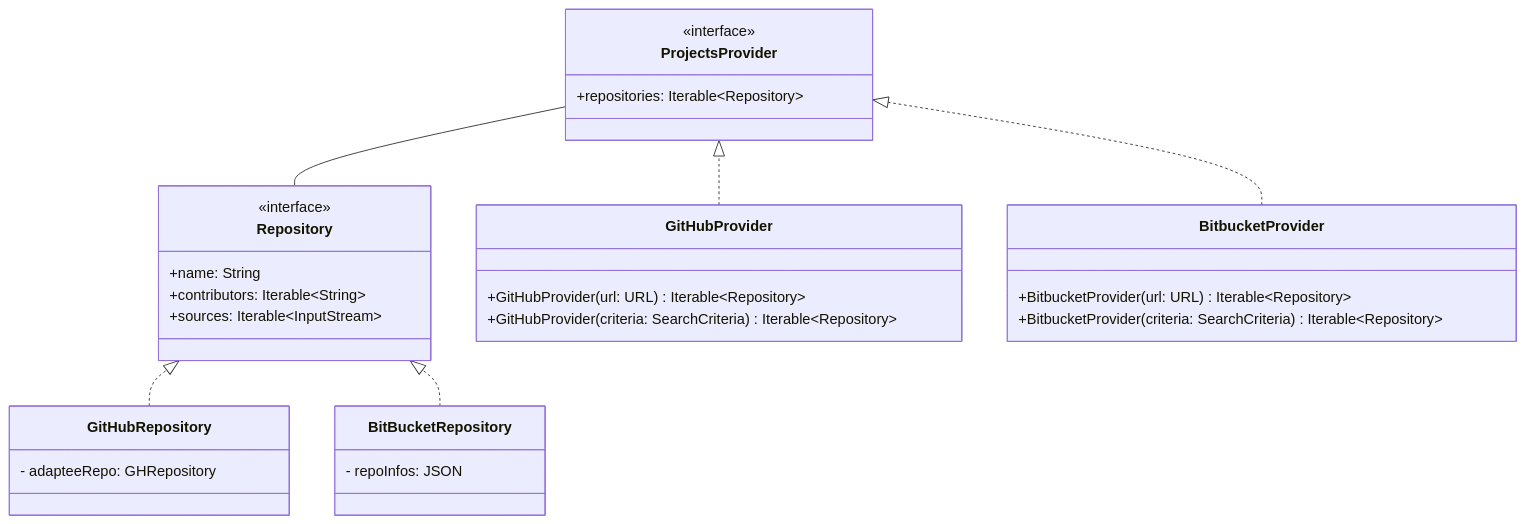
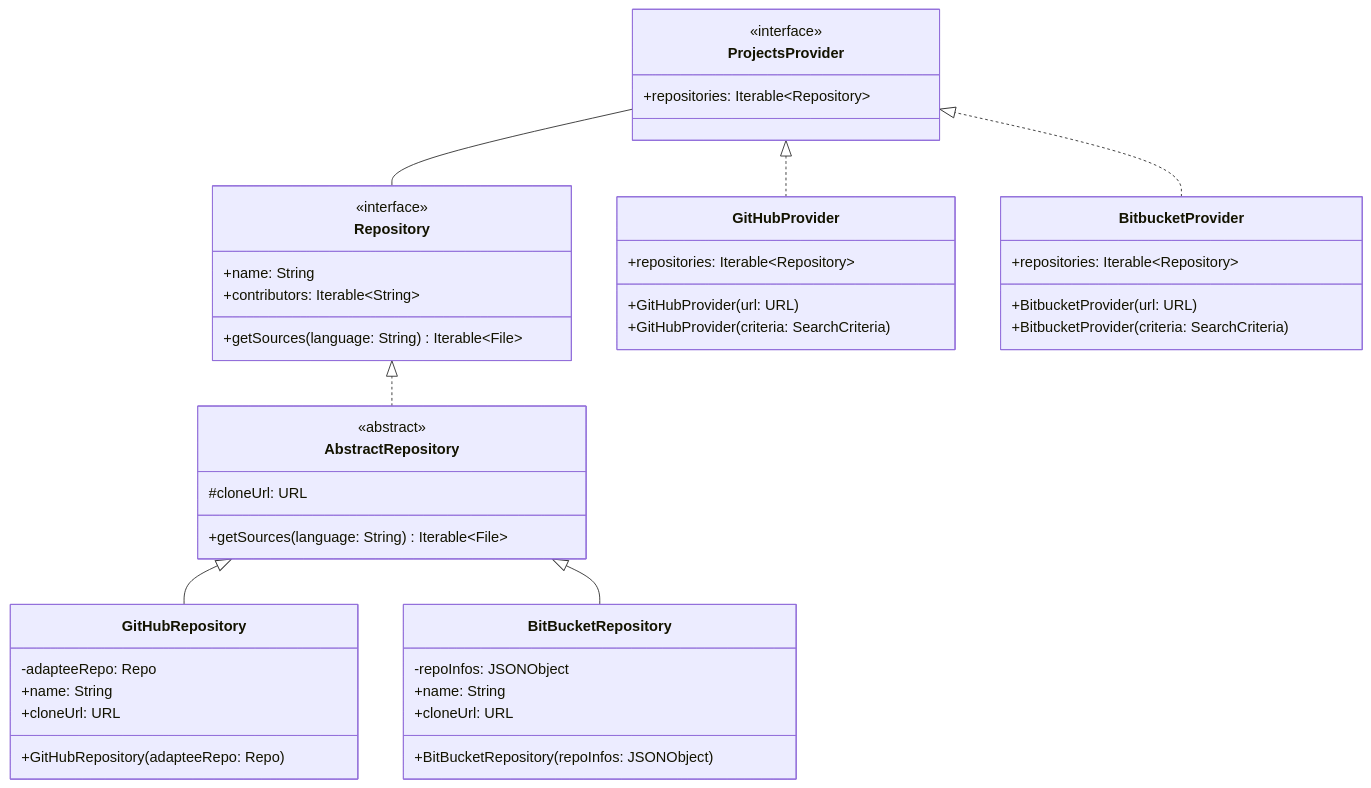
The third of 7 diagrams in doc.md (tassiLuca/code-plagiarism-detector-doc), drawn with Mermaid before and after one commit. The commit also changed other lines of this file, not shown here.

Commit message:
docs: add details

````diff
--- a/doc.md
+++ b/doc.md
@@ -117,36 +113,50 @@
 ```mermaid
 classDiagram
     direction BT
 
     class ProjectsProvider {
         <<interface>>
         +repositories: Iterable~Repository~
     }
 
     class Repository {
         <<interface>>
         +name: String
         +contributors: Iterable~String~
-        +sources: Iterable~InputStream~
+        +getSources(language: String) Iterable~File~
     }
+    class AbstractRepository {
+        <<abstract>>
+        #cloneUrl: URL
+        +getSources(language: String) Iterable~File~
+    }
+    AbstractRepository ..|> Repository
     class GitHubRepository {
-        - adapteeRepo: GHRepository
+        -adapteeRepo: Repo
+        +name: String
+        +cloneUrl: URL
+        +GitHubRepository(adapteeRepo: Repo)
     }
     class BitBucketRepository {
-        - repoInfos: JSON
+        -repoInfos: JSONObject
+        +name: String
+        +cloneUrl: URL
+        +BitBucketRepository(repoInfos: JSONObject)
     }
-    GitHubRepository ..|> Repository
-    BitBucketRepository ..|> Repository
+    GitHubRepository --|> AbstractRepository
+    BitBucketRepository --|> AbstractRepository
     Repository -- ProjectsProvider
 
     class GitHubProvider {
-        +GitHubProvider(url: URL) Iterable~Repository~
-        +GitHubProvider(criteria: SearchCriteria)Iterable~Repository~
+        +GitHubProvider(url: URL)
+        +GitHubProvider(criteria: SearchCriteria)
+        +repositories: Iterable~Repository~
     }
     class BitbucketProvider {
-        +BitbucketProvider(url: URL) Iterable~Repository~
-        +BitbucketProvider(criteria: SearchCriteria) Iterable~Repository~
+        +BitbucketProvider(url: URL)
+        +BitbucketProvider(criteria: SearchCriteria)
+        +repositories: Iterable~Repository~
     }
     GitHubProvider ..|> ProjectsProvider
     BitbucketProvider ..|> ProjectsProvider
 ```
````
